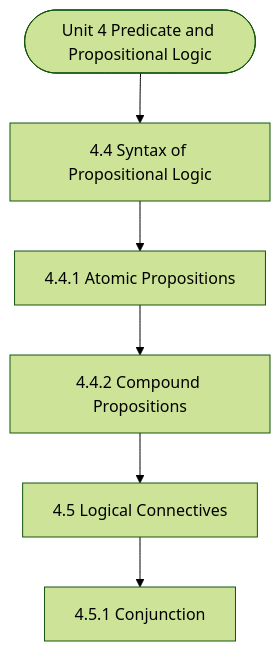
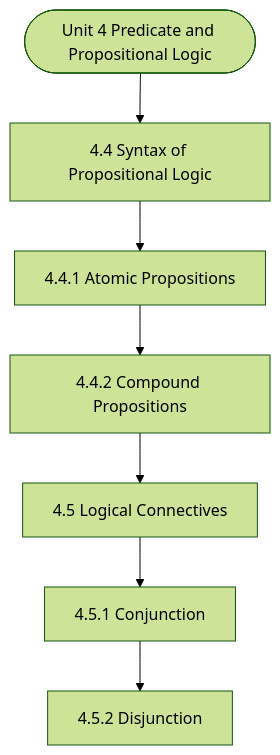
Before and after one commit to Asutosh-Coaching/mscdsa: the diagram in notes/Semester_2/MCS-224_Artificial_Intelligence_&_Machine_Learning/unit_04_Predicate_and_Propositional_Logic.md, drawn with Mermaid (forest theme). The commit also changed other lines of this file and 116 other files, not shown here.

````diff
--- a/notes/Semester_2/MCS-224_Artificial_Intelligence_&_Machine_Learning/unit_04_Predicate_and_Propositional_Logic.md
+++ b/notes/Semester_2/MCS-224_Artificial_Intelligence_&_Machine_Learning/unit_04_Predicate_and_Propositional_Logic.md
@@ -19,14 +19,16 @@
 ```mermaid
 flowchart TD
   Start(["Unit 4 Predicate and Propositional Logic"])
   N1["4.4 Syntax of Propositional Logic"]
   N2["4.4.1 Atomic Propositions"]
   N3["4.4.2 Compound Propositions"]
   N4["4.5 Logical Connectives"]
   N5["4.5.1 Conjunction"]
+  N6["4.5.2 Disjunction"]
   Start --> N1
   N1 --> N2
   N2 --> N3
   N3 --> N4
   N4 --> N5
+  N5 --> N6
 ```
````
